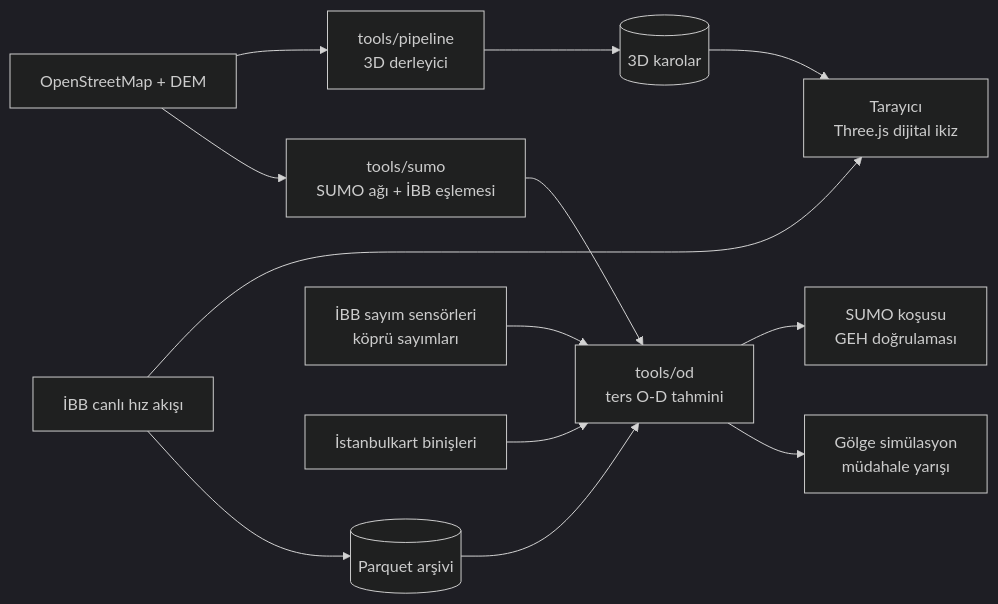
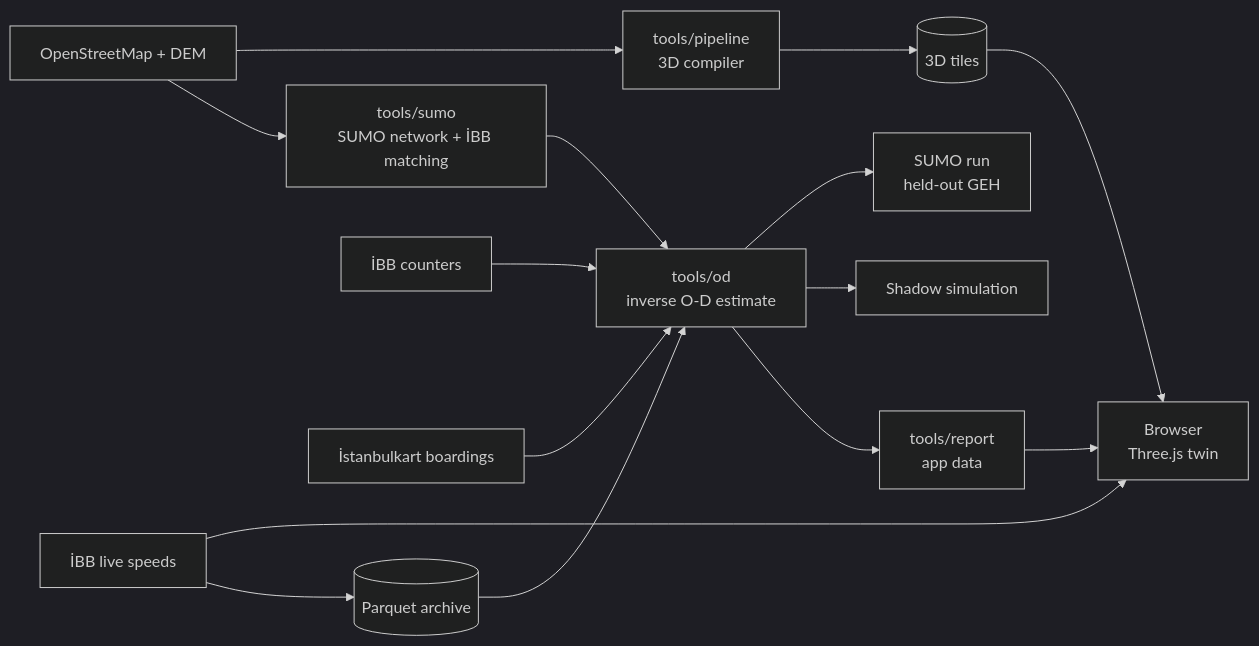
One commit to aaasiroglu/procedural-istanbul changed the diagram in README.md. Above: the diagram before and after it, drawn with Mermaid (dark theme). The commit also changed other lines of this file and 13 other files, not shown here.

````diff
--- a/README.md
+++ b/README.md
@@ -34,15 +53,16 @@
 ```mermaid
 flowchart LR
-  OSM[OpenStreetMap + DEM] --> P[tools/pipeline<br/>3D derleyici]
-  P --> T[(3D karolar)]
-  T --> W[Tarayıcı<br/>Three.js dijital ikiz]
-  IBB[İBB canlı hız akışı] --> W
-  IBB --> A[(Parquet arşivi)]
-  OSM --> S[tools/sumo<br/>SUMO ağı + İBB eşlemesi]
-  A --> O[tools/od<br/>ters O-D tahmini]
+  OSM[OpenStreetMap + DEM] --> P[tools/pipeline<br/>3D compiler]
+  P --> T[(3D tiles)]
+  T --> W[Browser<br/>Three.js twin]
+  IBB[İBB live speeds] --> W
+  IBB --> A[(Parquet archive)]
+  OSM --> S[tools/sumo<br/>SUMO network + İBB matching]
+  A --> O[tools/od<br/>inverse O-D estimate]
   S --> O
-  C[İBB sayım sensörleri<br/>köprü sayımları] --> O
-  K[İstanbulkart binişleri] --> O
-  O --> R[SUMO koşusu<br/>GEH doğrulaması]
-  O --> G[Gölge simülasyon<br/>müdahale yarışı]
+  C[İBB counters] --> O
+  K[İstanbulkart boardings] --> O
+  O --> R[SUMO run<br/>held-out GEH]
+  O --> G[Shadow simulation]
+  O --> X[tools/report<br/>app data] --> W
 ```
````
